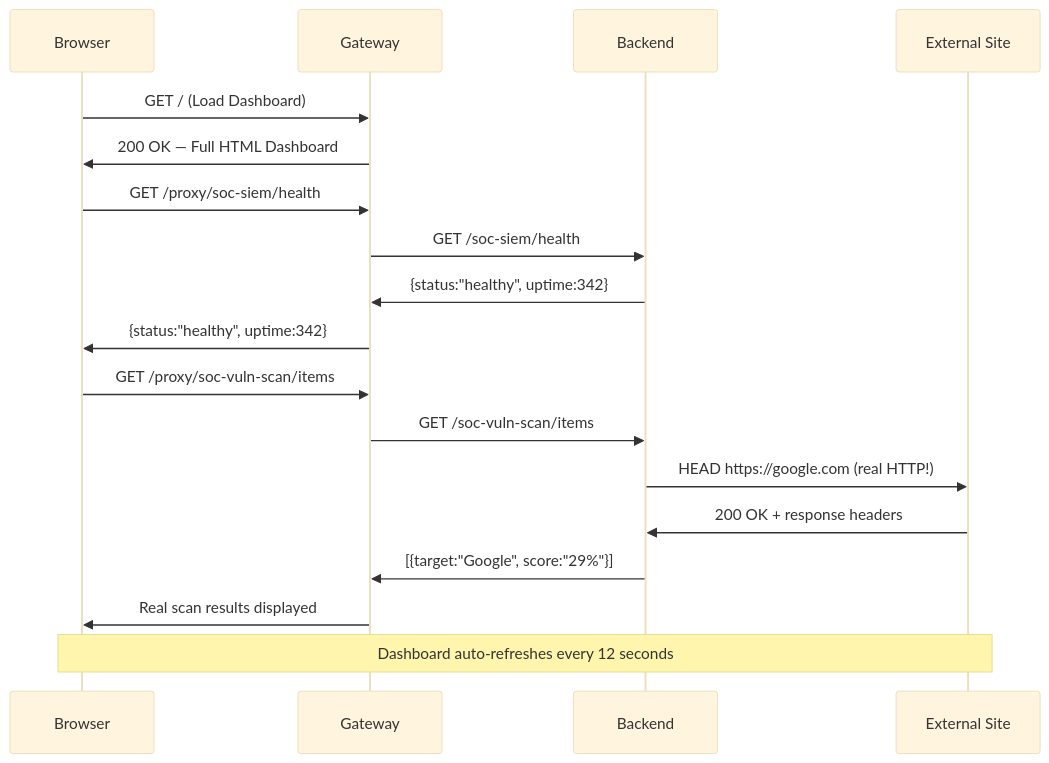
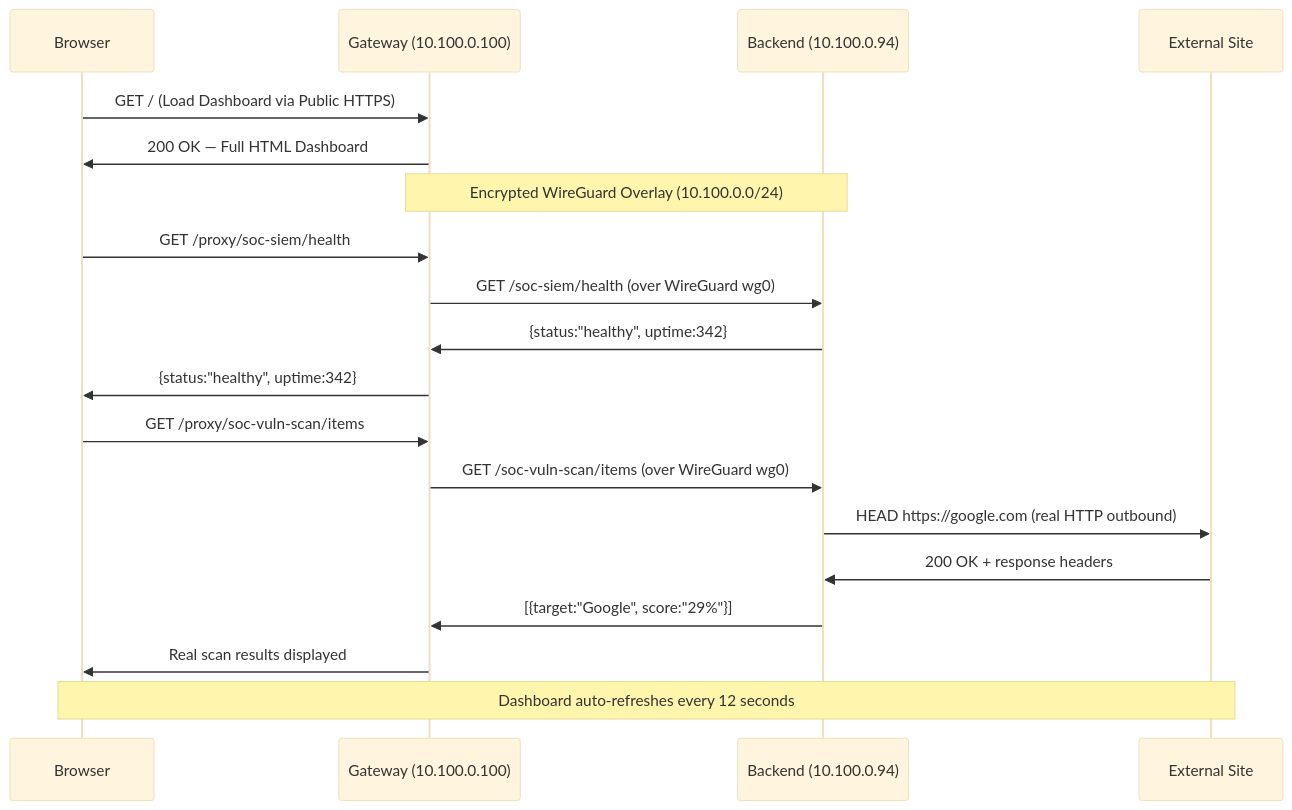
Before and after one commit to ZiadMahmoud2003/cumin-soc: the fourth of 15 diagrams in docs/REPORT.md, drawn with Mermaid (base theme). The commit also changed other lines of this file and 1 other file, not shown here.

First line of the commit message:
docs: Synchronize entire documentation with live private WireGuard mesh

````diff
--- a/docs/REPORT.md
+++ b/docs/REPORT.md
@@ -202,24 +201,25 @@
 ```mermaid
 sequenceDiagram
     participant B as Browser
-    participant G as Gateway
-    participant BE as Backend
+    participant G as Gateway (10.100.0.100)
+    participant BE as Backend (10.100.0.94)
     participant EX as External Site
 
-    B->>G: GET / (Load Dashboard)
+    B->>G: GET / (Load Dashboard via Public HTTPS)
     G->>B: 200 OK — Full HTML Dashboard
 
+    Note over G,BE: Encrypted WireGuard Overlay (10.100.0.0/24)
     B->>G: GET /proxy/soc-siem/health
-    G->>BE: GET /soc-siem/health
+    G->>BE: GET /soc-siem/health (over WireGuard wg0)
     BE->>G: {status:"healthy", uptime:342}
     G->>B: {status:"healthy", uptime:342}
 
     B->>G: GET /proxy/soc-vuln-scan/items
-    G->>BE: GET /soc-vuln-scan/items
-    BE->>EX: HEAD https://google.com (real HTTP!)
+    G->>BE: GET /soc-vuln-scan/items (over WireGuard wg0)
+    BE->>EX: HEAD https://google.com (real HTTP outbound)
     EX->>BE: 200 OK + response headers
     BE->>G: [{target:"Google", score:"29%"}]
     G->>B: Real scan results displayed
 
     Note over B,EX: Dashboard auto-refreshes every 12 seconds
 ```
````
